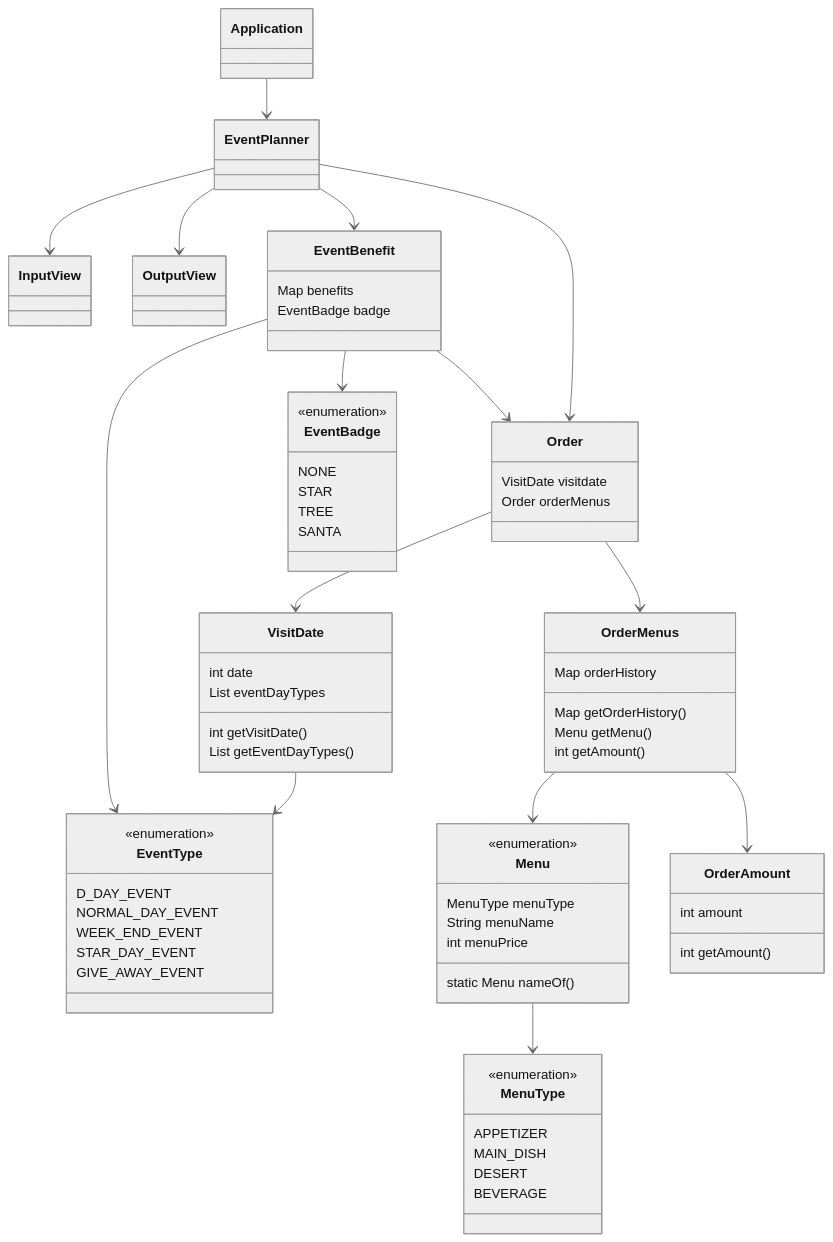
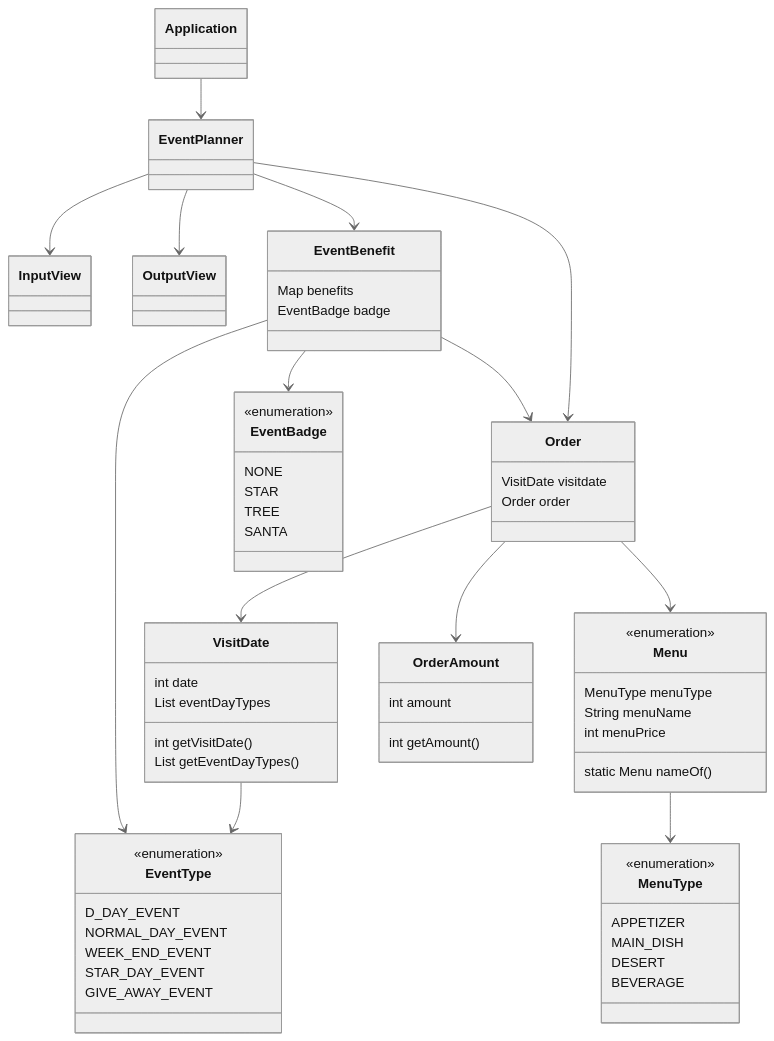
Before and after one commit to onetuks/java-christmas-6-SeYoE: the diagram in docs/class_diagram.mermaid, drawn with Mermaid (neutral theme). The commit also changed 10 other files, not shown here.

```diff
--- a/docs/class_diagram.mermaid
+++ b/docs/class_diagram.mermaid
@@ -1,77 +1,70 @@
 classDiagram
     class Application
     Application --> EventPlanner
 
     class EventPlanner
     EventPlanner --> InputView
     EventPlanner --> OutputView
     EventPlanner --> Order
     EventPlanner --> EventBenefit
     class InputView
     class OutputView
 
     class Order {
         VisitDate visitdate
-        Order orderMenus
+        Order order
     }
     Order --> VisitDate
-    Order --> OrderMenus
 
     class VisitDate {
         int date
         List<EventDayType> eventDayTypes
         int getVisitDate()
         List<EventType> getEventDayTypes()
     }
     VisitDate --> EventType
 
-    class OrderMenus {
-        Map<Menu, OrderAmount> orderHistory
-        Map<Menu, OrderAmount> getOrderHistory()
-        Menu getMenu()
-        int getAmount()
-    }
-    OrderMenus --> Menu
-    OrderMenus --> OrderAmount
+    Order --> Menu
+    Order --> OrderAmount
     class OrderAmount {
         int amount
         int getAmount()
     }
     class Menu {
         <<enumeration>>
         MenuType menuType
         String menuName
         int menuPrice
         static Menu nameOf()
     }
     Menu --> MenuType
     class MenuType {
         <<enumeration>>
         APPETIZER
         MAIN_DISH
         DESERT
         BEVERAGE
     }
 
     class EventBenefit {
         Map<EventType, Integer> benefits
         EventBadge badge
     }
     EventBenefit --> Order
     EventBenefit --> EventType
     EventBenefit --> EventBadge
     class EventType {
         <<enumeration>>
         D_DAY_EVENT
         NORMAL_DAY_EVENT
         WEEK_END_EVENT
         STAR_DAY_EVENT
         GIVE_AWAY_EVENT
     }
     class EventBadge {
         <<enumeration>>
         NONE
         STAR
         TREE
         SANTA
     }
```
